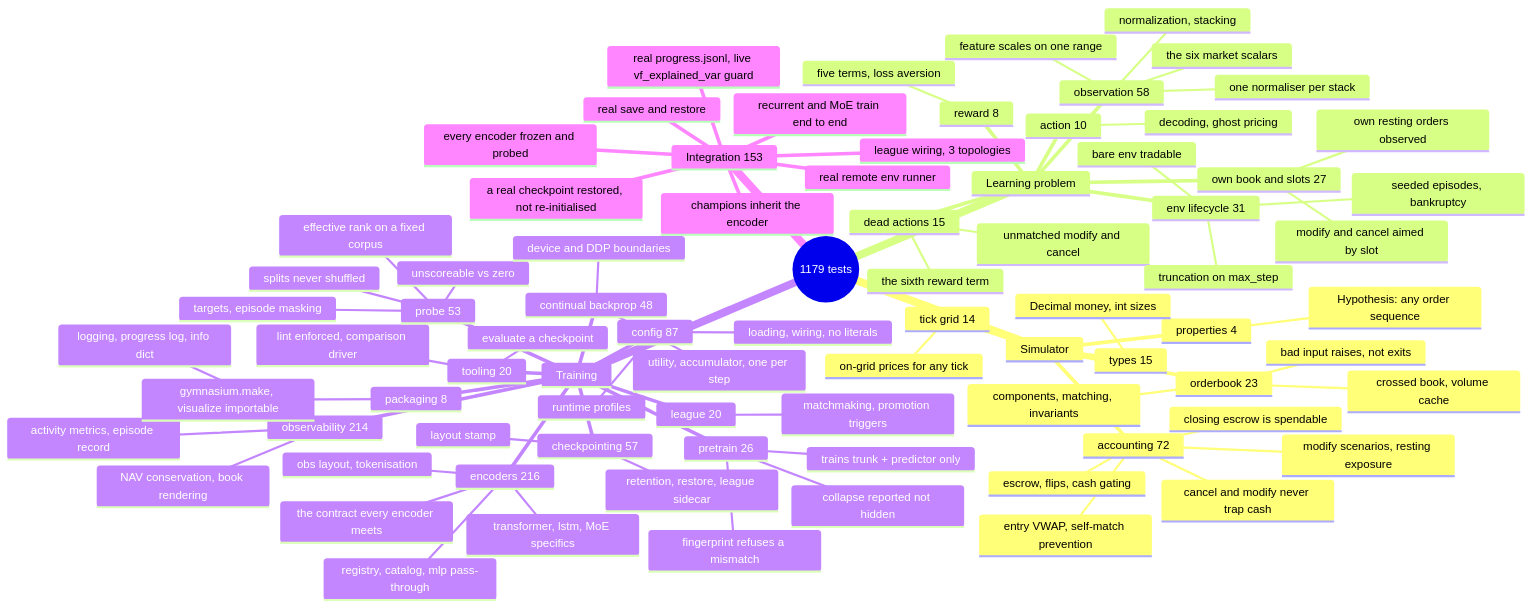
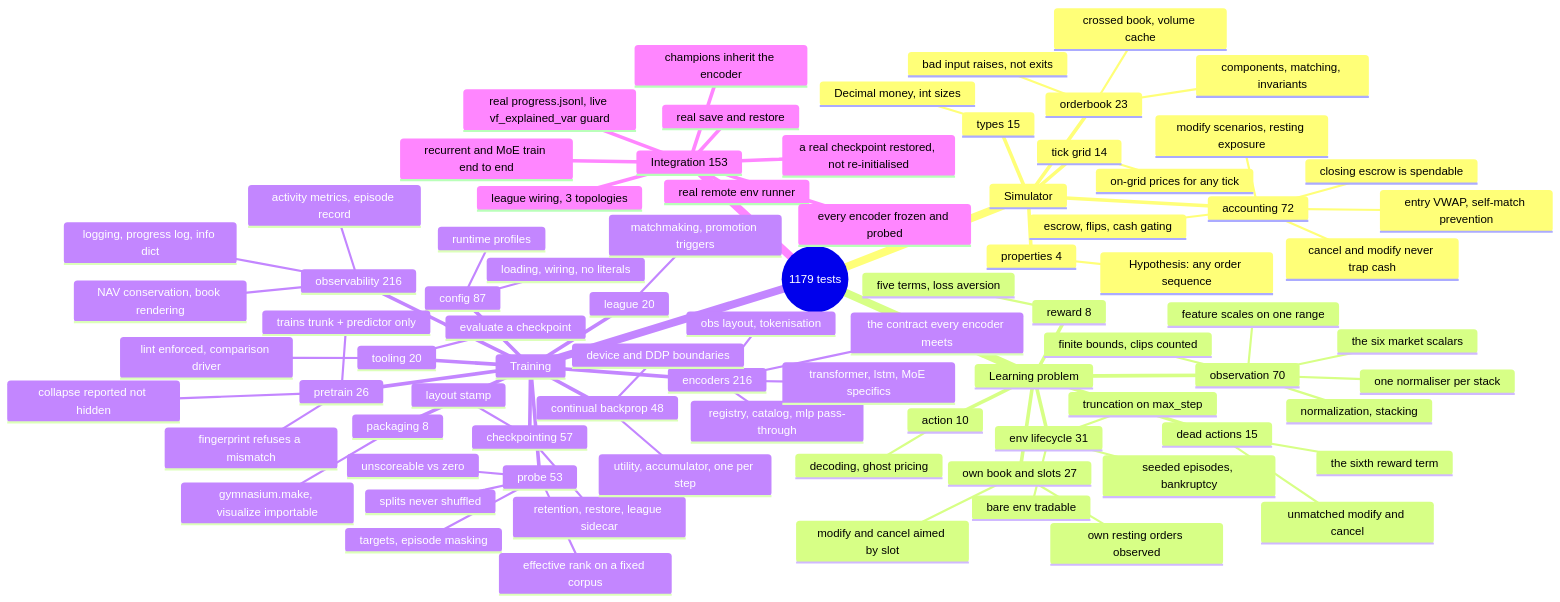
The diagram in doc/10_testing.md (ChuaCheowHuan/gym-continuousDoubleAuction), drawn with Mermaid before and after one commit. The commit also changed other lines of this file and 31 other files, not shown here.

```diff
--- a/doc/10_testing.md
+++ b/doc/10_testing.md
@@ -149,11 +150,12 @@
       tick grid 14
         on-grid prices for any tick
     Learning problem
-      observation 58
+      observation 70
         normalization, stacking
         one normaliser per stack
         the six market scalars
         feature scales on one range
+        finite bounds, clips counted
       action 10
         decoding, ghost pricing
       reward 8
@@ -185,7 +187,7 @@
       tooling 20
         lint enforced, comparison driver
         evaluate a checkpoint
-      observability 214
+      observability 216
         logging, progress log, info dict
         activity metrics, episode record
         NAV conservation, book rendering
```
